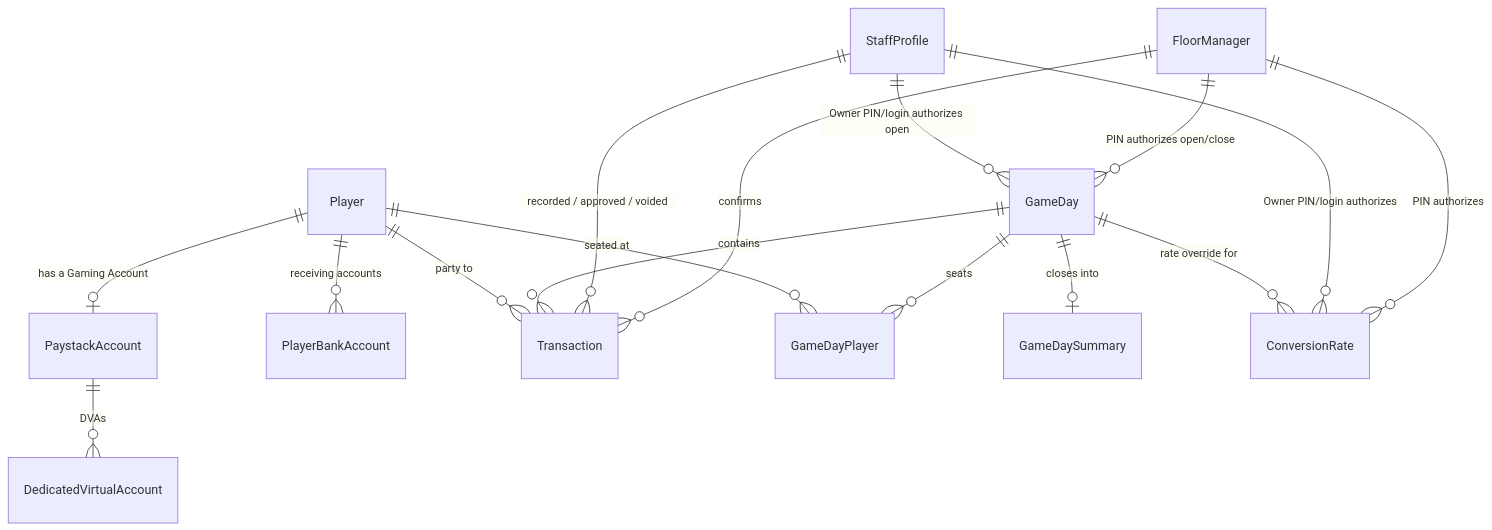
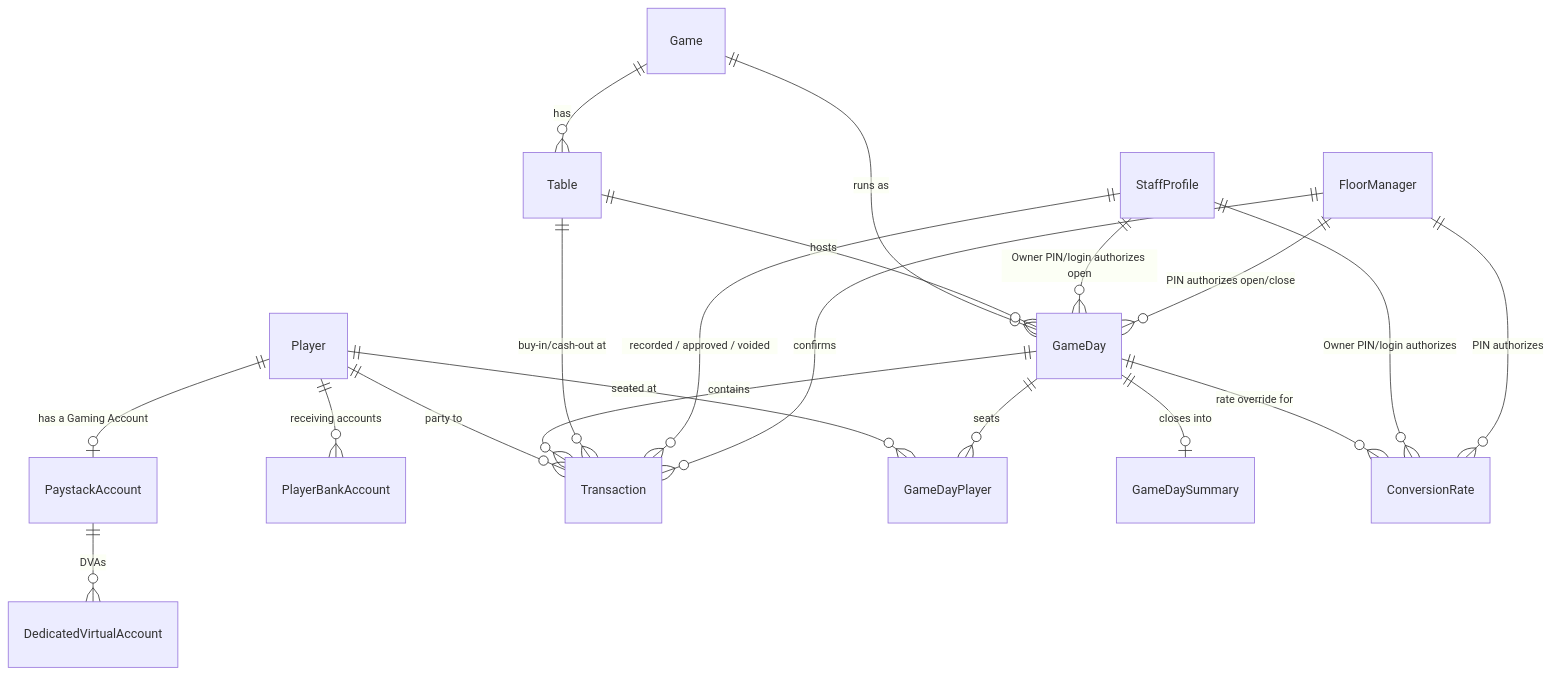
The diagram in SCHEMA.md (appleveil/GNT), drawn with Mermaid before and after one commit. The commit also changed other lines of this file and 14 other files, not shown here.

````diff
--- a/SCHEMA.md
+++ b/SCHEMA.md
@@ -120,18 +142,22 @@
 ```mermaid
 erDiagram
     Player ||--o| PaystackAccount : "has a Gaming Account"
     Player ||--o{ PlayerBankAccount : "receiving accounts"
     Player ||--o{ Transaction : "party to"
     Player ||--o{ GameDayPlayer : "seated at"
     PaystackAccount ||--o{ DedicatedVirtualAccount : "DVAs"
     GameDay ||--o{ Transaction : "contains"
     GameDay ||--o{ GameDayPlayer : "seats"
     GameDay ||--o| GameDaySummary : "closes into"
     GameDay ||--o{ ConversionRate : "rate override for"
+    Game ||--o{ Table : "has"
+    Game ||--o{ GameDay : "runs as"
+    Table ||--o{ GameDay : "hosts"
+    Table ||--o{ Transaction : "buy-in/cash-out at"
     StaffProfile ||--o{ Transaction : "recorded / approved / voided"
     StaffProfile ||--o{ GameDay : "Owner PIN/login authorizes open"
     StaffProfile ||--o{ ConversionRate : "Owner PIN/login authorizes"
     FloorManager ||--o{ Transaction : "confirms"
     FloorManager ||--o{ GameDay : "PIN authorizes open/close"
     FloorManager ||--o{ ConversionRate : "PIN authorizes"
 ```
````
